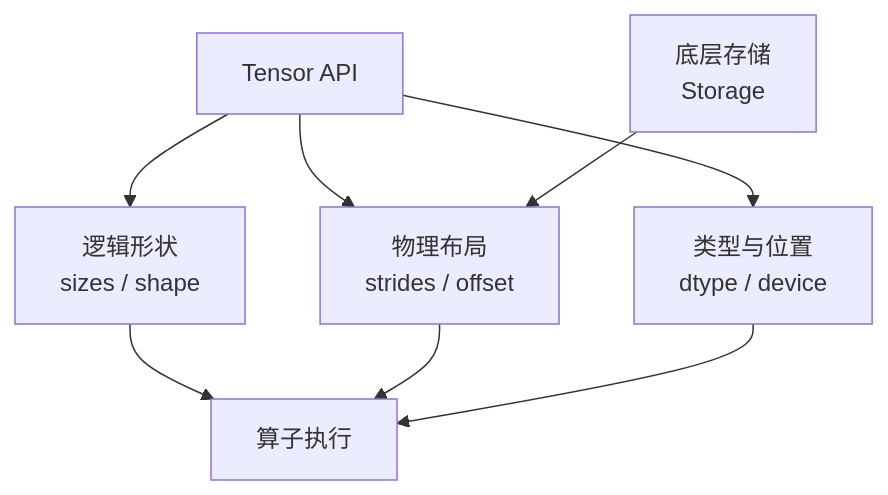
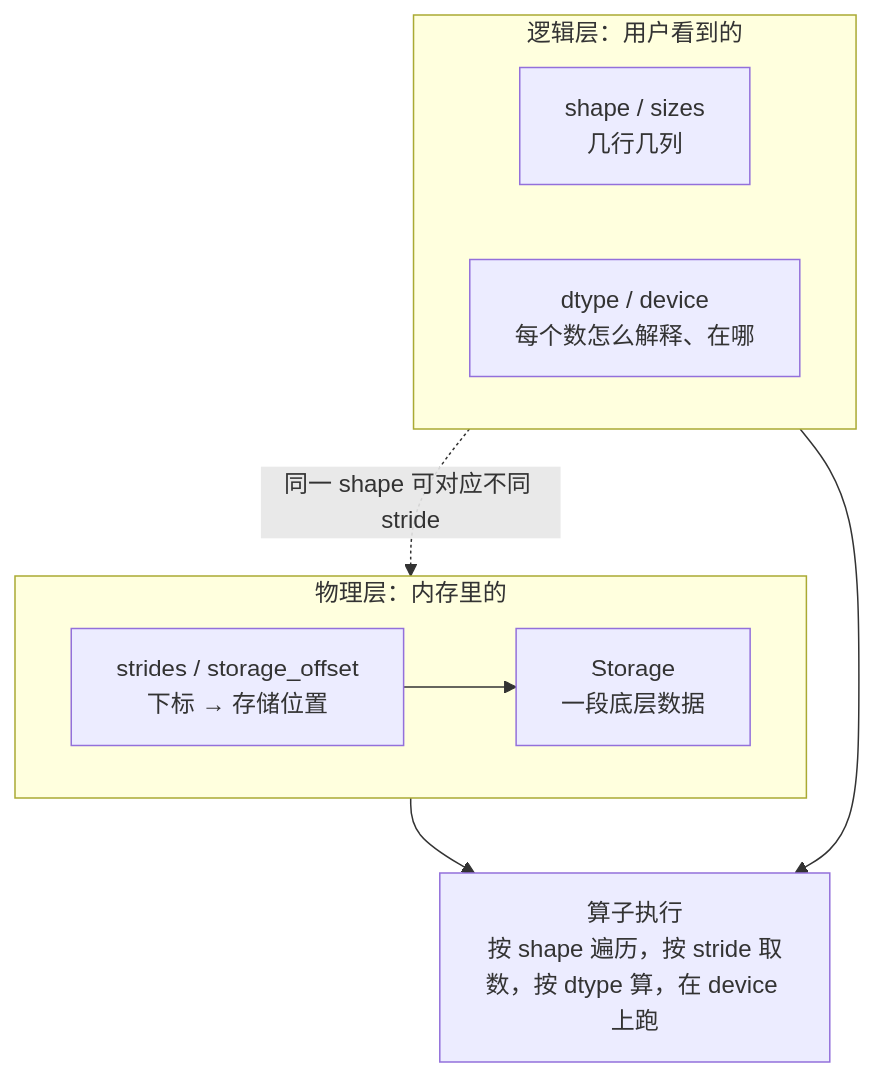
Before and after one commit to arganzheng/arganzheng.github.com: the fourth of 4 diagrams in _posts/2026-02-18-pytorch-tensor-and-memory-layout.md, drawn with Mermaid. The commit also changed other lines of this file and 12 other files, not shown here.

````diff
--- a/_posts/2026-02-18-pytorch-tensor-and-memory-layout.md
+++ b/_posts/2026-02-18-pytorch-tensor-and-memory-layout.md
@@ -1693,18 +1716,18 @@
 ```mermaid
-%% 图：两张 Tensor 地图：逻辑形状、物理布局、底层存储、类型与位置如何汇入算子执行
+%% 图：Tensor 地图：逻辑层（shape）与物理层（Storage + strides / offset）由 stride 连接，dtype / device 决定怎么解释与在哪执行，三者一起进入算子
 flowchart TB
-    A[Tensor API]
-    B[逻辑形状<br/>sizes / shape]
-    C[物理布局<br/>strides / offset]
-    D[底层存储<br/>Storage]
-    E[类型与位置<br/>dtype / device]
-    F[算子执行]
-
-    A --> B
-    A --> C
-    A --> E
-    B --> F
-    C --> F
-    D --> C
-    E --> F
+    subgraph LOGIC["逻辑层：用户看到的"]
+        direction LR
+        B["shape / sizes<br/>几行几列"]
+        E["dtype / device<br/>每个数怎么解释、在哪"]
+    end
+    subgraph PHYS["物理层：内存里的"]
+        direction LR
+        C["strides / storage_offset<br/>下标 → 存储位置"]
+        D["Storage<br/>一段底层数据"]
+        C --> D
+    end
+    B -. "同一 shape 可对应不同 stride" .-> C
+    LOGIC --> F["算子执行<br/>按 shape 遍历，按 stride 取数，按 dtype 算，在 device 上跑"]
+    PHYS --> F
 ```
````
